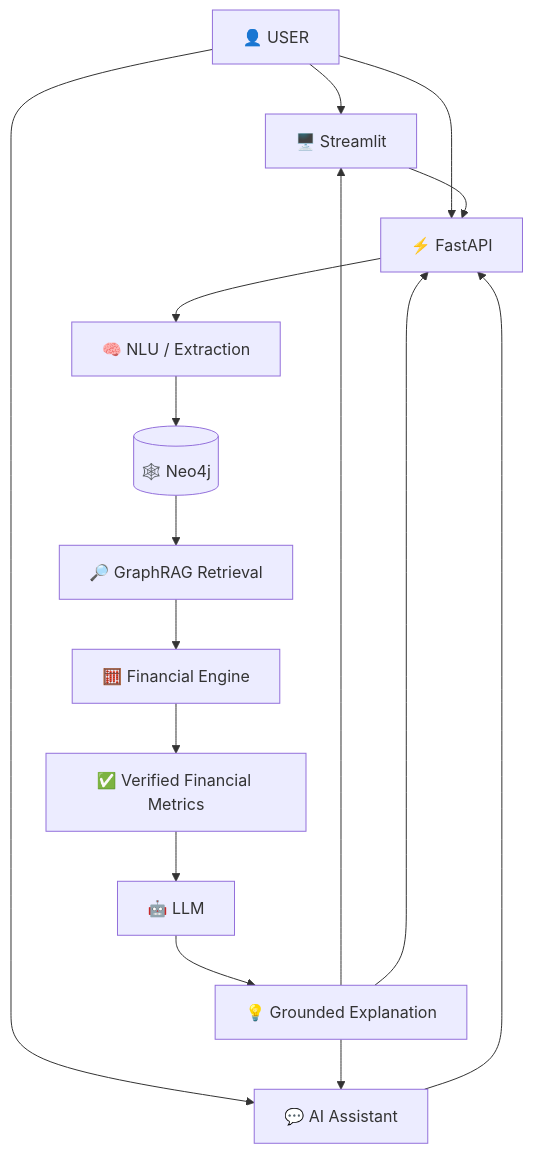
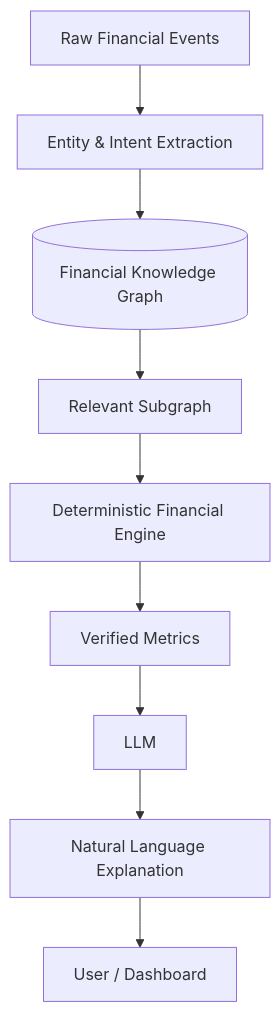
Diagram 11 of 11 in README.md (ShlokMishra01/Fintech-assistant-model-with-neo4j-and-Python), drawn with Mermaid before and after one commit. The commit also changed other lines of this file, not shown here.

````diff
--- a/README.md
+++ b/README.md
@@ -652,30 +756,21 @@
 ```mermaid
 flowchart TB
 
-    U["👤 USER"]
+    A["Raw Financial Events"]
 
-    U --> UI["🖥️ Streamlit"]
-    U --> API["⚡ FastAPI"]
-    U --> CHAT["💬 AI Assistant"]
+    A --> B["Entity & Intent Extraction"]
 
-    UI --> API
-    CHAT --> API
+    B --> C[("Financial Knowledge Graph")]
 
-    API --> NLU["🧠 NLU / Extraction"]
+    C --> D["Relevant Subgraph"]
 
-    NLU --> GRAPH[("🕸️ Neo4j")]
+    D --> E["Deterministic Financial Engine"]
 
-    GRAPH --> RAG["🔎 GraphRAG Retrieval"]
+    E --> F["Verified Metrics"]
 
-    RAG --> ENGINE["🧮 Financial Engine"]
+    F --> G["LLM"]
 
-    ENGINE --> METRICS["✅ Verified Financial Metrics"]
+    G --> H["Natural Language Explanation"]
 
-    METRICS --> LLM["🤖 LLM"]
-
-    LLM --> RESPONSE["💡 Grounded Explanation"]
-
-    RESPONSE --> UI
-    RESPONSE --> CHAT
-    RESPONSE --> API
+    H --> I["User / Dashboard"]
 ```
````
